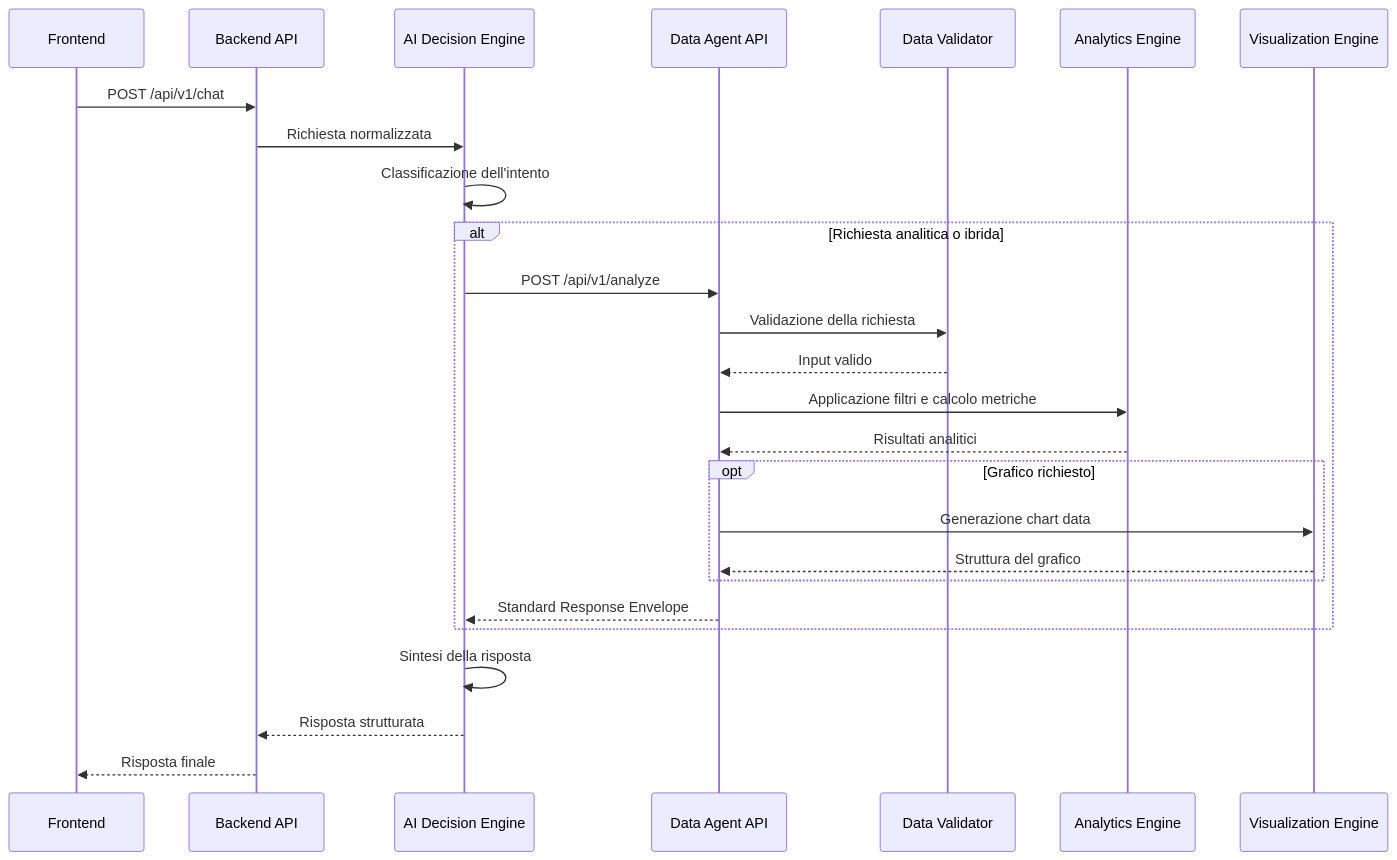
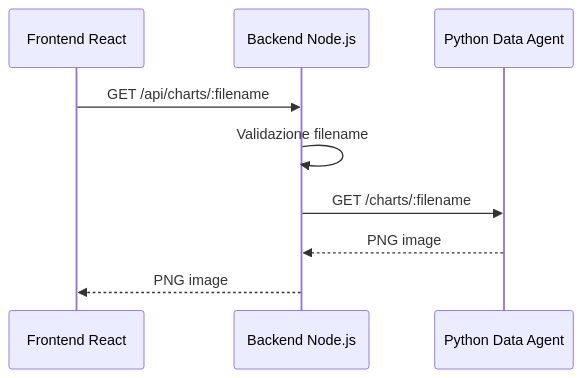
One commit to marcosaccani1/maranello-ai changed the third of 3 diagrams in docs/it/05_API_Specification.md. Above: the diagram before and after it, drawn with Mermaid. The commit also changed other lines of this file and 7 other files, not shown here.

````diff
--- a/docs/it/05_API_Specification.md
+++ b/docs/it/05_API_Specification.md
@@ -2783,38 +459,13 @@
 ```mermaid
 sequenceDiagram
 
-participant FE as Frontend
-participant BE as Backend API
-participant DE as AI Decision Engine
-participant DA as Data Agent API
-participant VL as Data Validator
-participant AE as Analytics Engine
-participant VE as Visualization Engine
+    participant FE as Frontend React
+    participant BE as Backend Node.js
+    participant DA as Python Data Agent
 
-FE->>BE: POST /api/v1/chat
-
-BE->>DE: Richiesta normalizzata
-
-DE->>DE: Classificazione dell'intento
-
-alt Richiesta analitica o ibrida
-    DE->>DA: POST /api/v1/analyze
-    DA->>VL: Validazione della richiesta
-    VL-->>DA: Input valido
-    DA->>AE: Applicazione filtri e calcolo metriche
-    AE-->>DA: Risultati analitici
-
-    opt Grafico richiesto
-        DA->>VE: Generazione chart data
-        VE-->>DA: Struttura del grafico
-    end
-
-    DA-->>DE: Standard Response Envelope
-end
-
-DE->>DE: Sintesi della risposta
-
-DE-->>BE: Risposta strutturata
-
-BE-->>FE: Risposta finale
+    FE->>BE: GET /api/charts/:filename
+    BE->>BE: Validazione filename
+    BE->>DA: GET /charts/:filename
+    DA-->>BE: PNG image
+    BE-->>FE: PNG image
 ```
````
